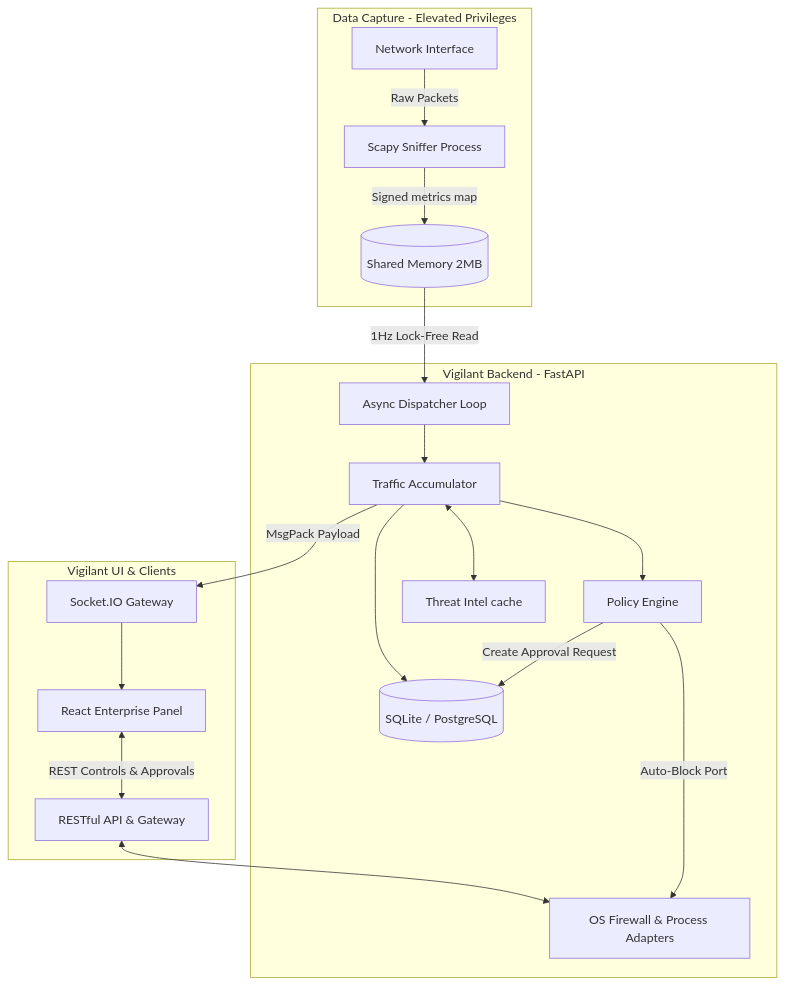
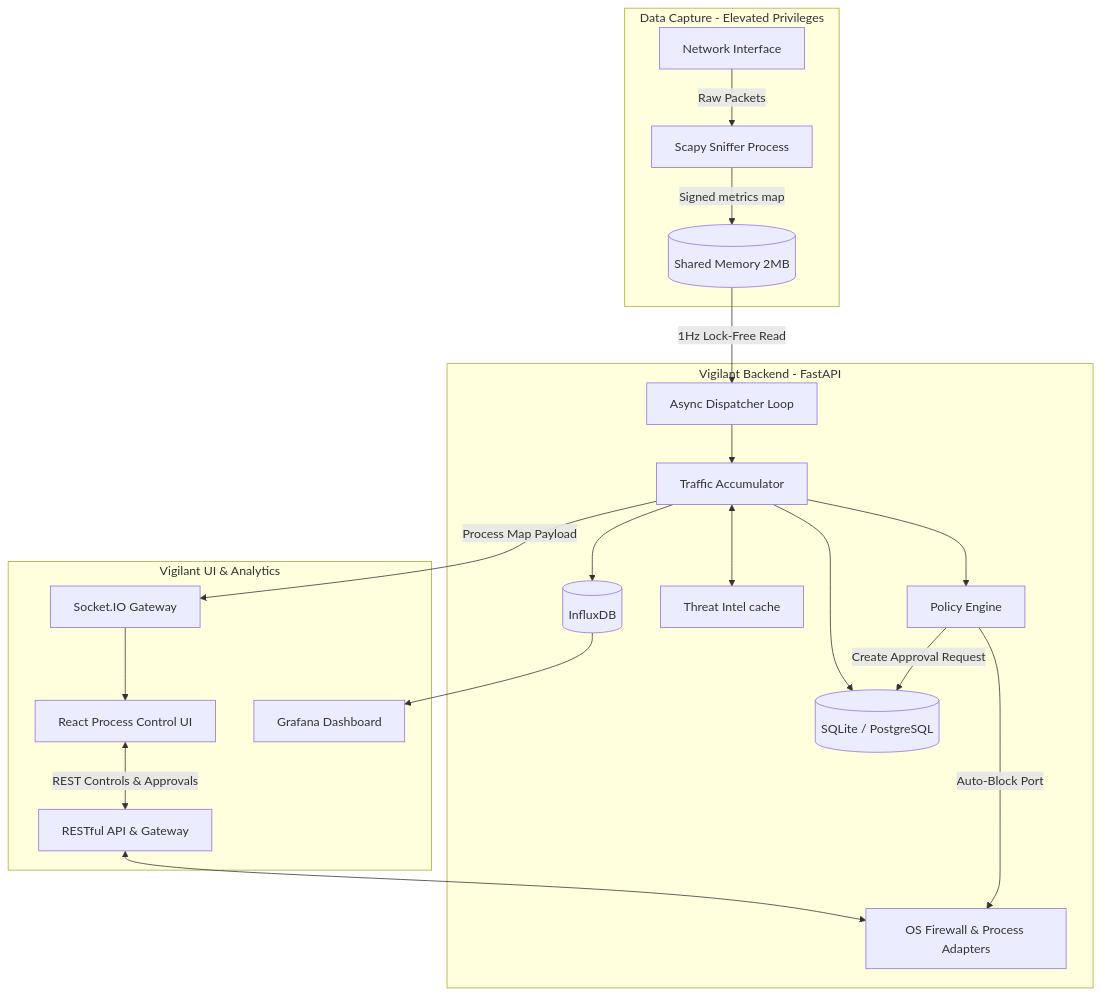
One commit to jivi001/Port-Sentinel changed the diagram in README.md. Above: the diagram before and after it, drawn with Mermaid. The commit also changed other lines of this file and 39 other files, not shown here.

Commit message:
overhaul system architecture by replacing legacy modules with an integrated FastAPI backend and Grafana-based observability stack

````diff
--- a/README.md
+++ b/README.md
@@ -33,41 +33,45 @@
 ```mermaid
 graph TD
     subgraph Data Capture Plane [Data Capture - Elevated Privileges]
         NIC[Network Interface]
         SCAPY[Scapy Sniffer Process]
         SHM[(Shared Memory 2MB)]
     end
 
     subgraph Control Plane [Vigilant Backend - FastAPI]
         DISP[Async Dispatcher Loop]
         MET[Traffic Accumulator]
         POL[Policy Engine]
         THREAT[Threat Intel cache]
         DB[(SQLite / PostgreSQL)]
+        INFLUX[(InfluxDB)]
         OS[OS Firewall & Process Adapters]
     end
 
-    subgraph Presentation Layer [Vigilant UI & Clients]
+    subgraph Presentation Layer [Vigilant UI & Analytics]
         API[RESTful API & Gateway]
         WS[Socket.IO Gateway]
-        UI[React Enterprise Panel]
+        UI[React Process Control UI]
+        GRAF[Grafana Dashboard]
     end
 
     NIC -->|Raw Packets| SCAPY
     SCAPY -->|Signed metrics map| SHM
     SHM -->|1Hz Lock-Free Read| DISP
     
     DISP --> MET
     MET <--> THREAT
     MET --> POL
     
     POL -->|Auto-Block Port| OS
     POL -->|Create Approval Request| DB
     
     MET --> DB
-    MET -->|MsgPack Payload| WS
+    MET --> INFLUX
+    MET -->|Process Map Payload| WS
     API <--> OS
     
     WS --> UI
     UI <-->|REST Controls & Approvals| API
+    INFLUX --> GRAF
 ```
````
